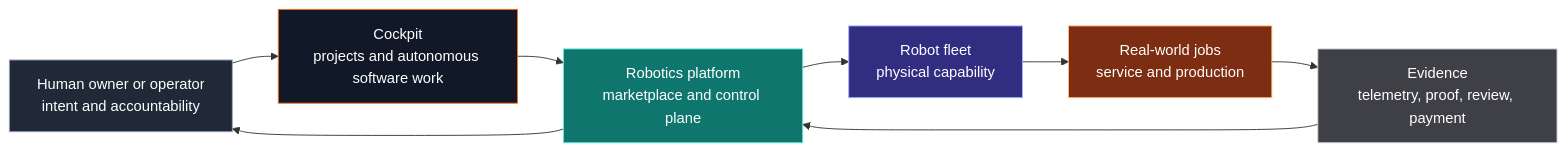
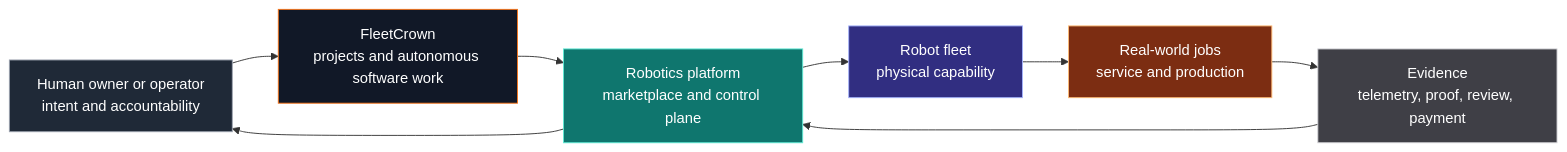
One commit to bitbaum/fleetcrown changed the diagram in content/thoughts/from-cockpit-to-the-shared-robotics-economy.md. Above: the diagram before and after it, drawn with Mermaid. The commit also changed other lines of this file and 37 other files, not shown here.

First line of the commit message:
docs(brand): finish Cockpit → FleetCrown rebrand sweep across docs/thoughts/legal/src

````diff
--- a/content/thoughts/from-cockpit-to-the-shared-robotics-economy.md
+++ b/content/thoughts/from-cockpit-to-the-shared-robotics-economy.md
@@ -68,24 +68,24 @@
 ```mermaid
 flowchart LR
     Human["Human owner or operator\nintent and accountability"]
-    Cockpit["Cockpit\nprojects and autonomous software work"]
+    FleetCrown["FleetCrown\nprojects and autonomous software work"]
     Platform["Robotics platform\nmarketplace and control plane"]
     Robot["Robot fleet\nphysical capability"]
     Job["Real-world jobs\nservice and production"]
     Evidence["Evidence\ntelemetry, proof, review, payment"]
 
-    Human --> Cockpit
-    Cockpit --> Platform
+    Human --> FleetCrown
+    FleetCrown --> Platform
     Platform --> Robot
     Robot --> Job
     Job --> Evidence
     Evidence --> Platform
     Platform --> Human
 
     style Human fill:#1f2937,stroke:#9ca3af,color:#fff
-    style Cockpit fill:#111827,stroke:#f97316,color:#fff
+    style FleetCrown fill:#111827,stroke:#f97316,color:#fff
     style Platform fill:#0f766e,stroke:#5eead4,color:#fff
     style Robot fill:#312e81,stroke:#a5b4fc,color:#fff
     style Job fill:#7c2d12,stroke:#fdba74,color:#fff
     style Evidence fill:#3f3f46,stroke:#d4d4d8,color:#fff
 ```
````
